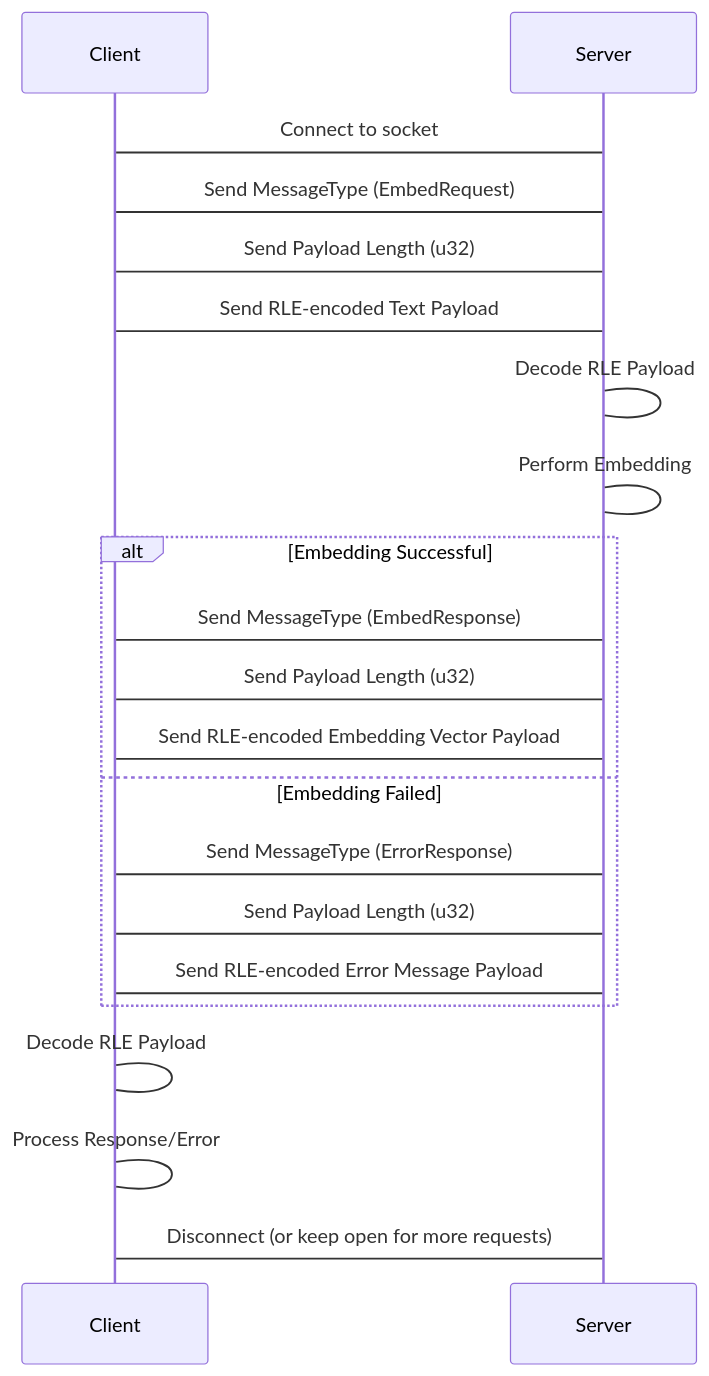
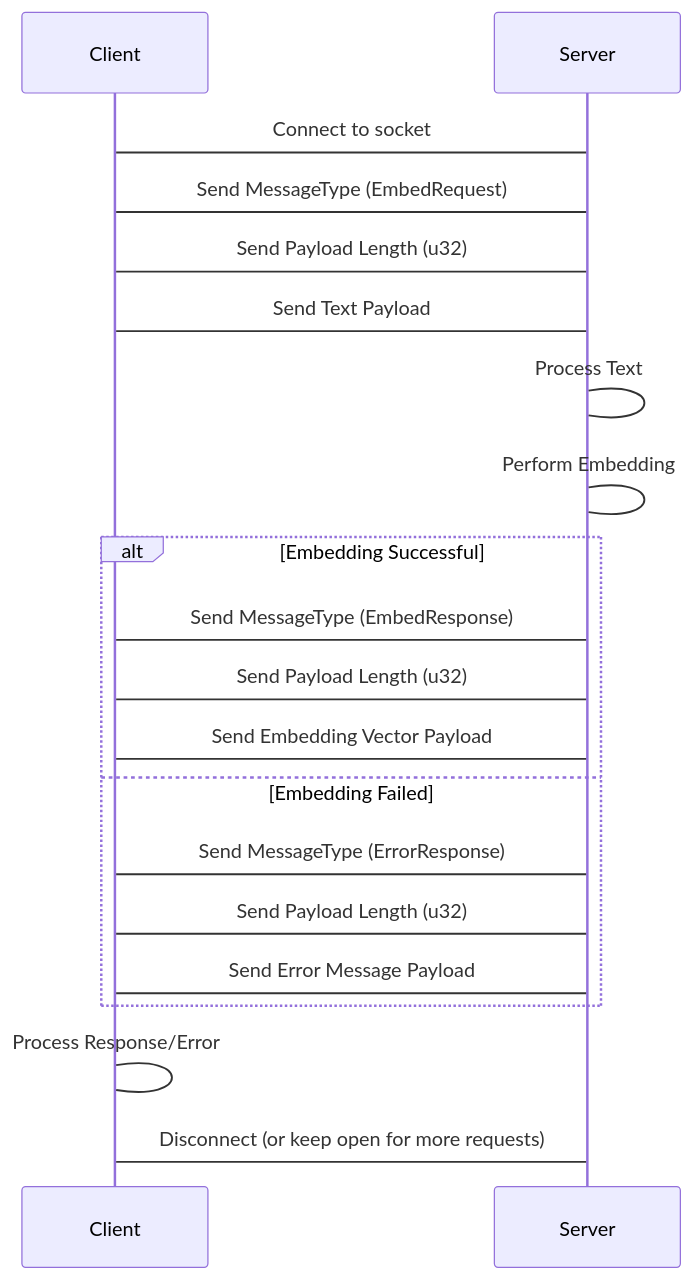
Before and after one commit to casualjim/zage: the diagram in docs/embedding_socket_server.md, drawn with Mermaid. The commit also changed other lines of this file and 8 other files, not shown here.

````diff
--- a/docs/embedding_socket_server.md
+++ b/docs/embedding_socket_server.md
@@ -126,21 +120,20 @@
 ```mermaid
 sequenceDiagram
     Client->Server: Connect to socket
     Client->Server: Send MessageType (EmbedRequest)
     Client->Server: Send Payload Length (u32)
-    Client->Server: Send RLE-encoded Text Payload
-    Server->Server: Decode RLE Payload
+    Client->Server: Send Text Payload
+    Server->Server: Process Text
     Server->Server: Perform Embedding
     alt Embedding Successful
         Server->Client: Send MessageType (EmbedResponse)
         Server->Client: Send Payload Length (u32)
-        Server->Client: Send RLE-encoded Embedding Vector Payload
+        Server->Client: Send Embedding Vector Payload
     else Embedding Failed
         Server->Client: Send MessageType (ErrorResponse)
         Server->Client: Send Payload Length (u32)
-        Server->Client: Send RLE-encoded Error Message Payload
+        Server->Client: Send Error Message Payload
     end
-    Client->Client: Decode RLE Payload
     Client->Client: Process Response/Error
     Client->Server: Disconnect (or keep open for more requests)
 ```
````
